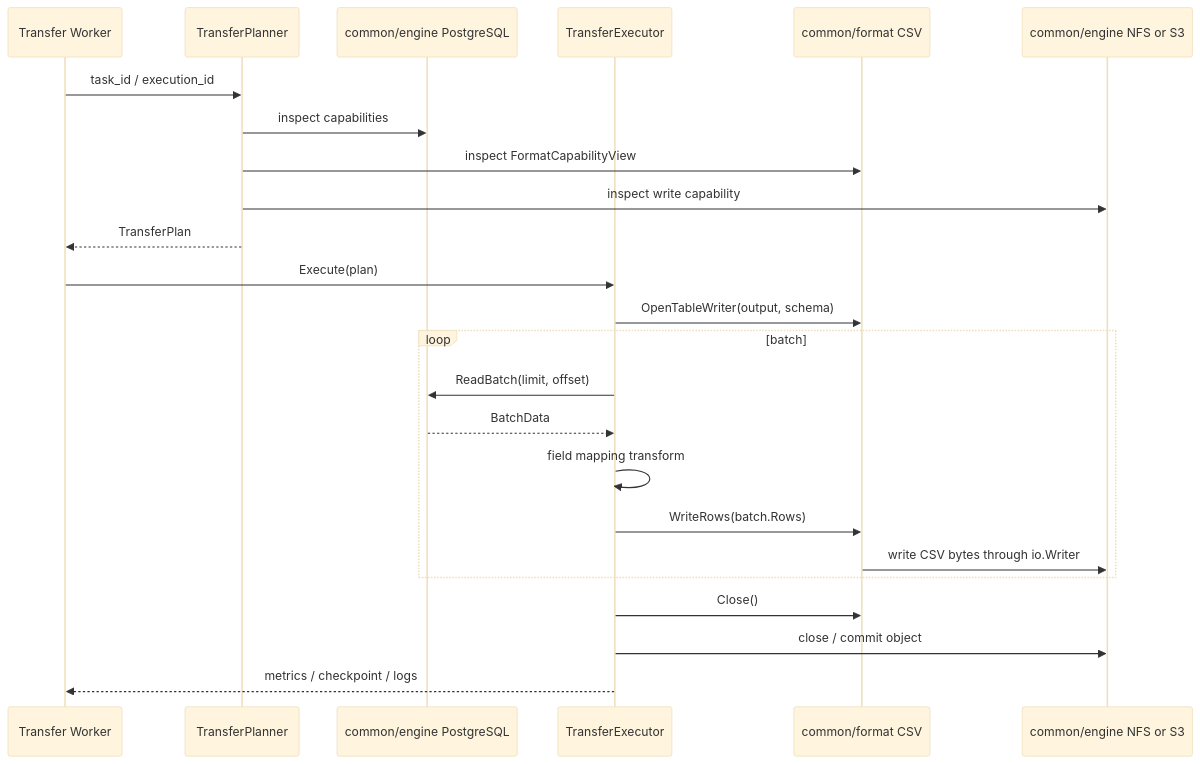
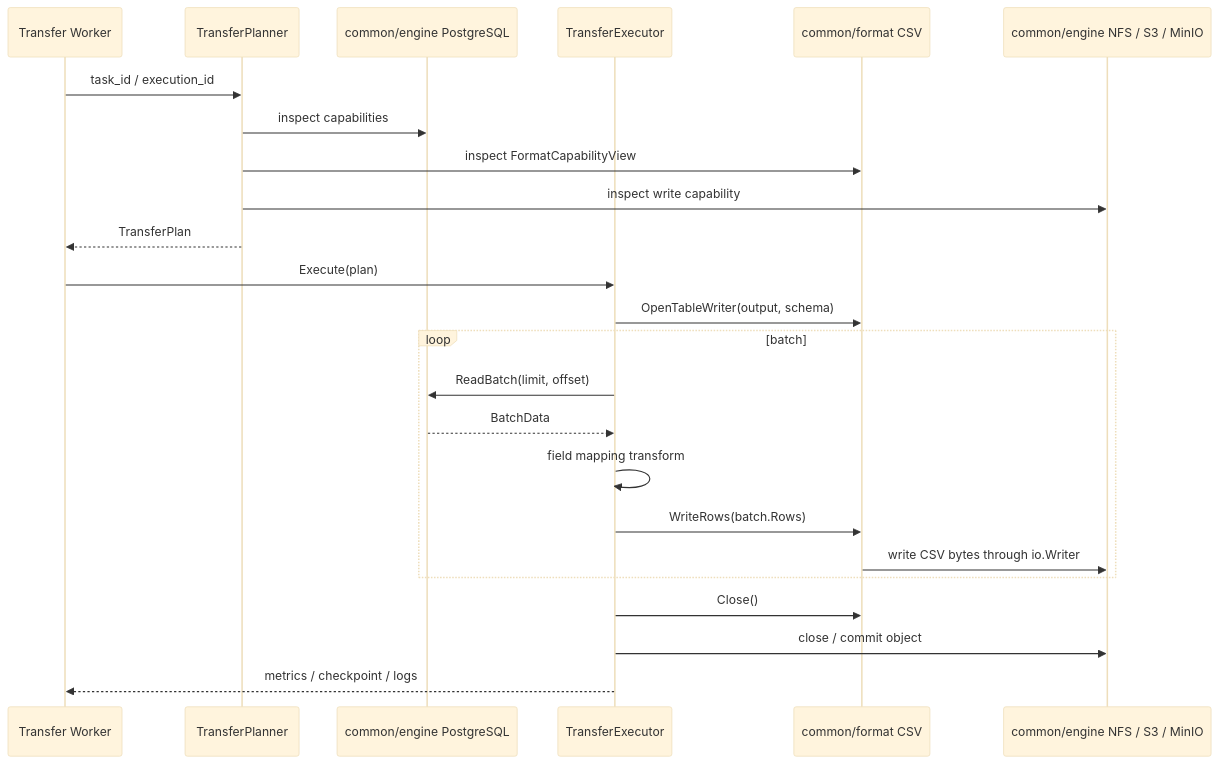
The diagram in docs/next/transfer基于common-engine-format改造设计.md (pampa0629/addp), drawn with Mermaid (base theme) before and after one commit. The commit also changed other lines of this file and 107 other files, not shown here.

````diff
--- a/docs/next/transfer基于common-engine-format改造设计.md
+++ b/docs/next/transfer基于common-engine-format改造设计.md
@@ -405,27 +402,27 @@
 ```mermaid
 sequenceDiagram
     participant W as Transfer Worker
     participant P as TransferPlanner
     participant PG as common/engine PostgreSQL
     participant EX as TransferExecutor
     participant CSV as common/format CSV
-    participant FS as common/engine NFS or S3
+    participant FS as common/engine NFS / S3 / MinIO
 
     W->>P: task_id / execution_id
     P->>PG: inspect capabilities
     P->>CSV: inspect FormatCapabilityView
     P->>FS: inspect write capability
     P-->>W: TransferPlan
     W->>EX: Execute(plan)
     EX->>CSV: OpenTableWriter(output, schema)
     loop batch
         EX->>PG: ReadBatch(limit, offset)
         PG-->>EX: BatchData
         EX->>EX: field mapping transform
         EX->>CSV: WriteRows(batch.Rows)
         CSV->>FS: write CSV bytes through io.Writer
     end
     EX->>CSV: Close()
     EX->>FS: close / commit object
     EX-->>W: metrics / checkpoint / logs
 ```
````
